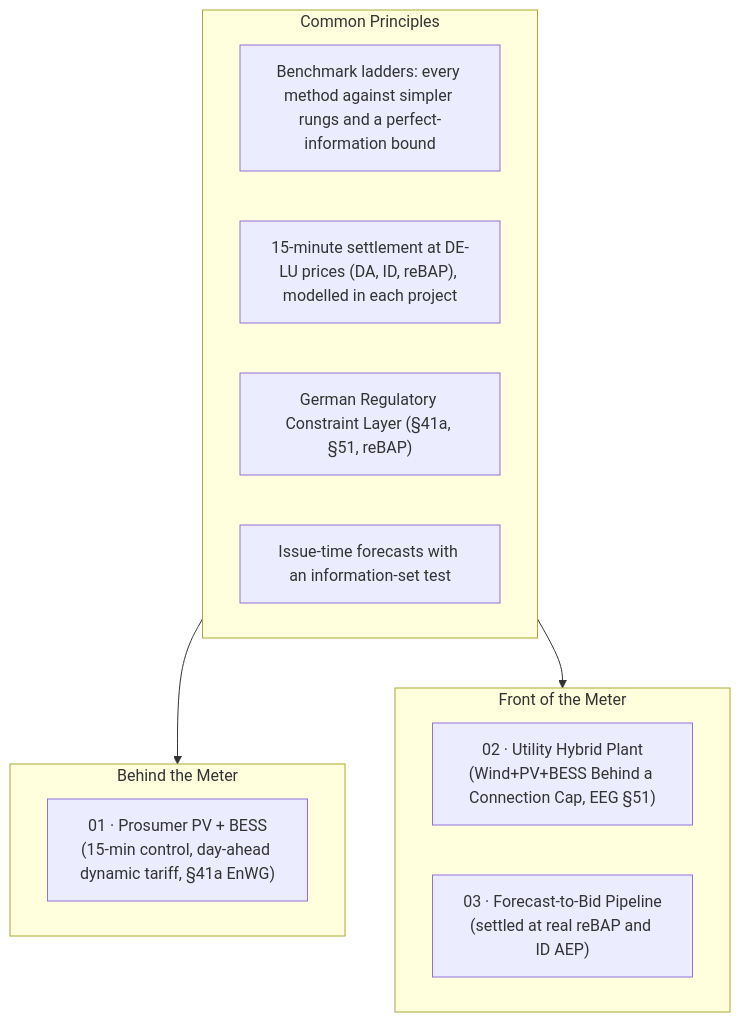
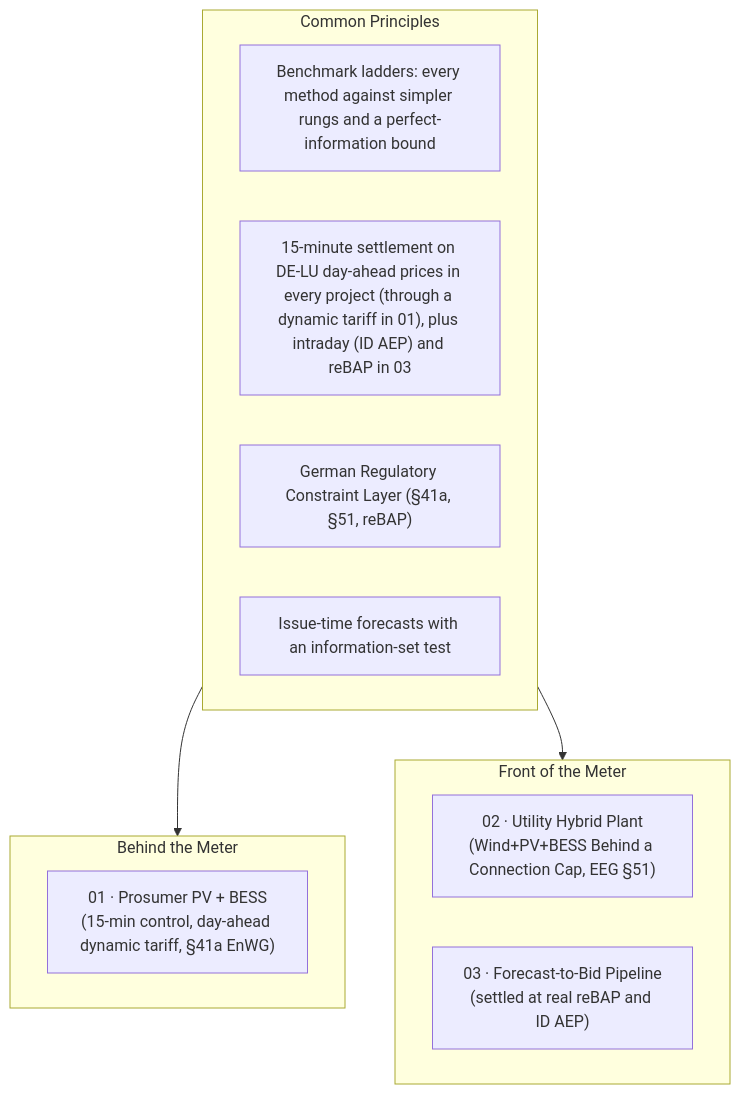
Before and after one commit to muratkus01/Portfolio: the diagram in README.md, drawn with Mermaid. The commit also changed other lines of this file, not shown here.

Commit message:
docs(readme): stop claiming balancing reserve and all markets
The Focus Markets line listed "regelleistung.net Balancing (FCR/aFRR)"
among the markets the portfolio covers. No active project implements
FCR or aFRR: grep finds aFRR only in hybrid/config.py, whose settings
are "declared for planned aFRR extension; not yet active", and
hybrid/tables.py lists them as INERT_SETTINGS. 92992e1 left this line
for the Project 02 pass. It now names what the projects settle at and
says that aFRR for Project 02's battery is planned next.

The diagram's node said settlement at "(DA, ID, reBAP), modelled in
each project". Only Project 03 settles intraday trades (at the ID AEP)
and imbalance (at reBAP). Project 01 settles a day-ahead-indexed
dynamic tariff, and Project 02 the day-ahead price and the premium:
its reBAP settlement needs a committed schedule, which no rung has, so
imbalance_cost_eur is 0 in every row of its tables. The node now says
which project settles which price.

````diff
--- a/README.md
+++ b/README.md
@@ -45,21 +45,21 @@
 ```mermaid
 flowchart TB
     subgraph FOUND["Common Principles"]
         F1["Benchmark ladders: every method against simpler rungs and a perfect-information bound"]
-        F2["15-minute settlement at DE-LU prices (DA, ID, reBAP), modelled in each project"]
+        F2["15-minute settlement on DE-LU day-ahead prices in every project (through a dynamic tariff in 01), plus intraday (ID AEP) and reBAP in 03"]
         F3["German Regulatory Constraint Layer (§41a, §51, reBAP)"]
         F4["Issue-time forecasts with an information-set test"]
     end
 
     subgraph BTM["Behind the Meter"]
         P1["01 · Prosumer PV + BESS<br/>(15-min control, day-ahead dynamic tariff, §41a EnWG)"]
     end
 
     subgraph FTM["Front of the Meter"]
         P5["02 · Utility Hybrid Plant<br/>(Wind+PV+BESS Behind a Connection Cap, EEG §51)"]
         P6["03 · Forecast-to-Bid Pipeline<br/>(settled at real reBAP and ID AEP)"]
     end
 
     FOUND --> BTM
     FOUND --> FTM
 ```
````
